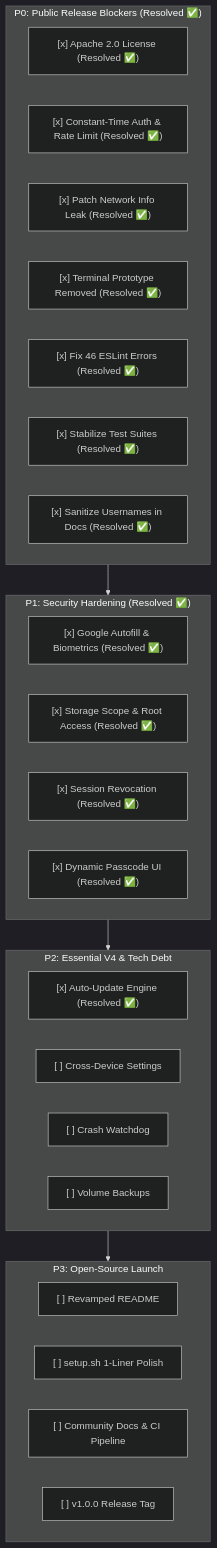
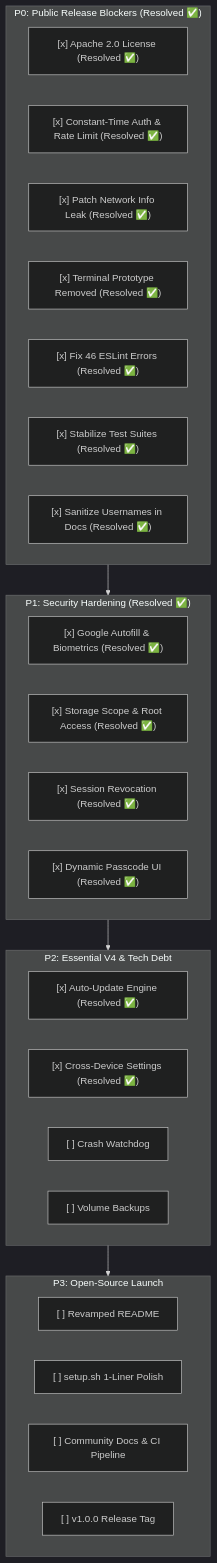
One commit to Cypher0071/Home_Cloud changed the diagram in docs/launch_changes.md. Above: the diagram before and after it, drawn with Mermaid (dark theme). The commit also changed other lines of this file and 8 other files, not shown here.

First line of the commit message:
feat(settings): add cross-device wallpaper personalization sync

````diff
--- a/docs/launch_changes.md
+++ b/docs/launch_changes.md
@@ -379,37 +393,37 @@
 ```mermaid
 flowchart TD
     subgraph P0["P0: Public Release Blockers (Resolved ✅)"]
         L["[x] Apache 2.0 License (Resolved ✅)"]
         A["[x] Constant-Time Auth & Rate Limit (Resolved ✅)"]
         N["[x] Patch Network Info Leak (Resolved ✅)"]
         T["[x] Terminal Prototype Removed (Resolved ✅)"]
         E["[x] Fix 46 ESLint Errors (Resolved ✅)"]
         TS["[x] Stabilize Test Suites (Resolved ✅)"]
         S["[x] Sanitize Usernames in Docs (Resolved ✅)"]
     end
 
     subgraph P1["P1: Security Hardening (Resolved ✅)"]
         W["[x] Google Autofill & Biometrics (Resolved ✅)"]
         J["[x] Storage Scope & Root Access (Resolved ✅)"]
         R["[x] Session Revocation (Resolved ✅)"]
         P["[x] Dynamic Passcode UI (Resolved ✅)"]
     end
 
     subgraph P2["P2: Essential V4 & Tech Debt"]
         AU["[x] Auto-Update Engine (Resolved ✅)"]
-        SP["[ ] Cross-Device Settings"]
+        SP["[x] Cross-Device Settings (Resolved ✅)"]
         CW["[ ] Crash Watchdog"]
         BK["[ ] Volume Backups"]
     end
 
     subgraph P3["P3: Open-Source Launch"]
         RM["[ ] Revamped README"]
         ST["[ ] setup.sh 1-Liner Polish"]
         GH["[ ] Community Docs & CI Pipeline"]
         REL["[ ] v1.0.0 Release Tag"]
     end
 
     P0 --> P1
     P1 --> P2
     P2 --> P3
 ```
````
